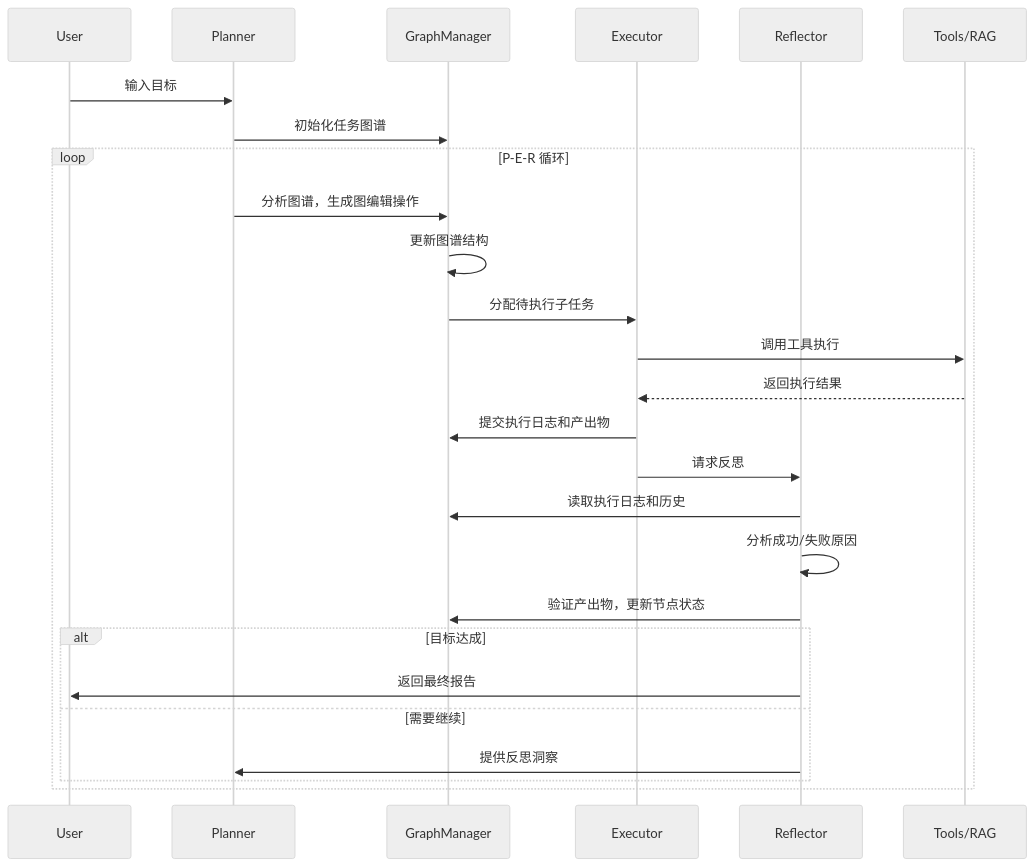
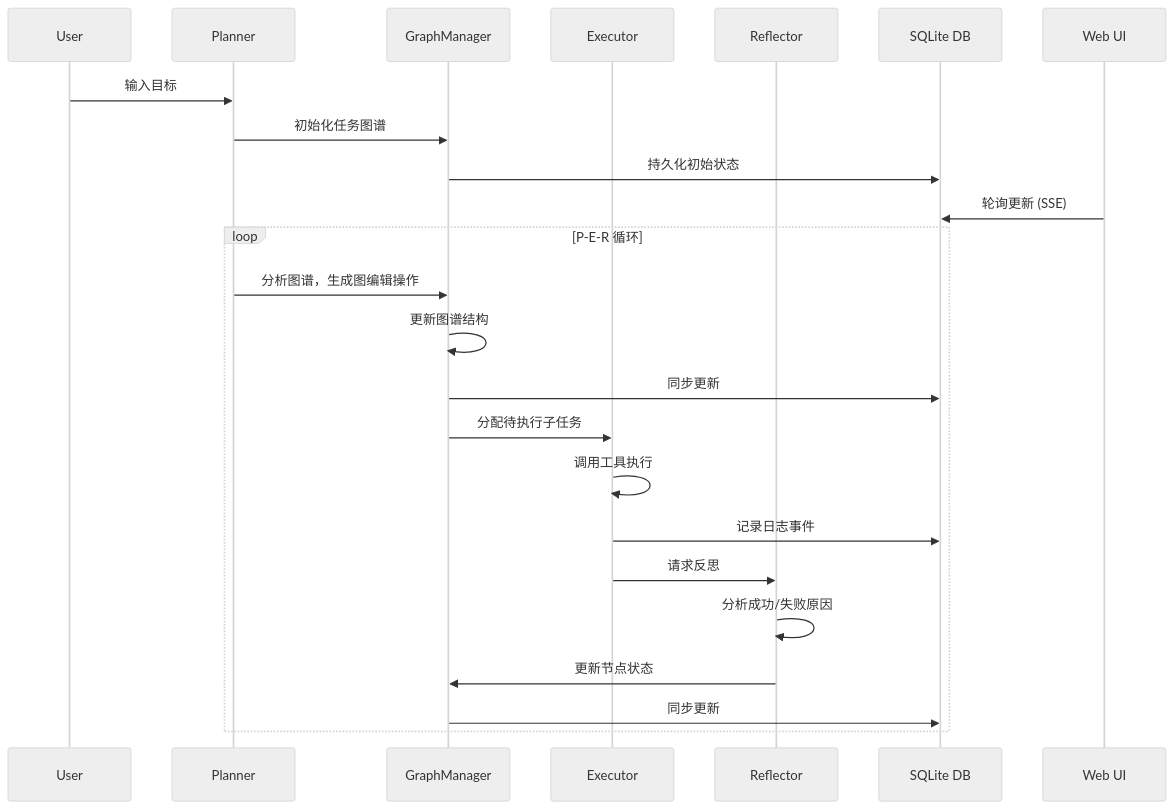
One commit to SanMuzZzZz/LuaN1aoAgent changed the second of 2 diagrams in README_zh.md. Above: the diagram before and after it, drawn with Mermaid (neutral theme). The commit also changed other lines of this file and 5 other files, not shown here.

````diff
--- a/README_zh.md
+++ b/README_zh.md
@@ -386,33 +397,30 @@
 ```mermaid
 sequenceDiagram
     participant U as User
     participant P as Planner
     participant G as GraphManager
     participant E as Executor
     participant R as Reflector
-    participant T as Tools/RAG
+    participant DB as SQLite DB
+    participant W as Web UI
 
     U->>P: 输入目标
     P->>G: 初始化任务图谱
+    G->>DB: 持久化初始状态
+    W->>DB: 轮询更新 (SSE)
     
     loop P-E-R 循环
         P->>G: 分析图谱，生成图编辑操作
         G->>G: 更新图谱结构
+        G->>DB: 同步更新
         G->>E: 分配待执行子任务
         
-        E->>T: 调用工具执行
-        T-->>E: 返回执行结果
-        E->>G: 提交执行日志和产出物
+        E->>E: 调用工具执行
+        E->>DB: 记录日志事件
         
         E->>R: 请求反思
-        R->>G: 读取执行日志和历史
         R->>R: 分析成功/失败原因
-        R->>G: 验证产出物，更新节点状态
-        
-        alt 目标达成
-            R->>U: 返回最终报告
-        else 需要继续
-            R->>P: 提供反思洞察
-        end
+        R->>G: 更新节点状态
+        G->>DB: 同步更新
     end
 ```
````
